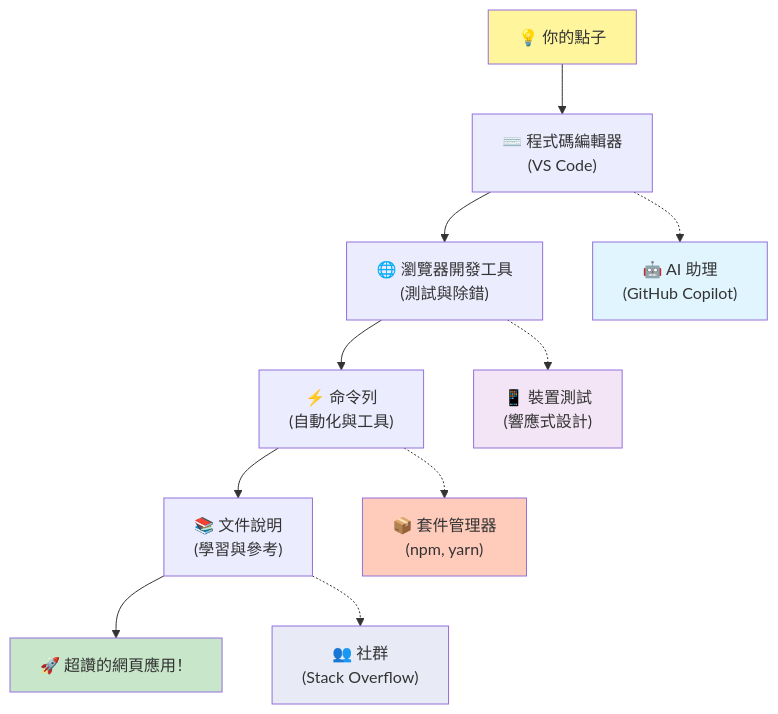
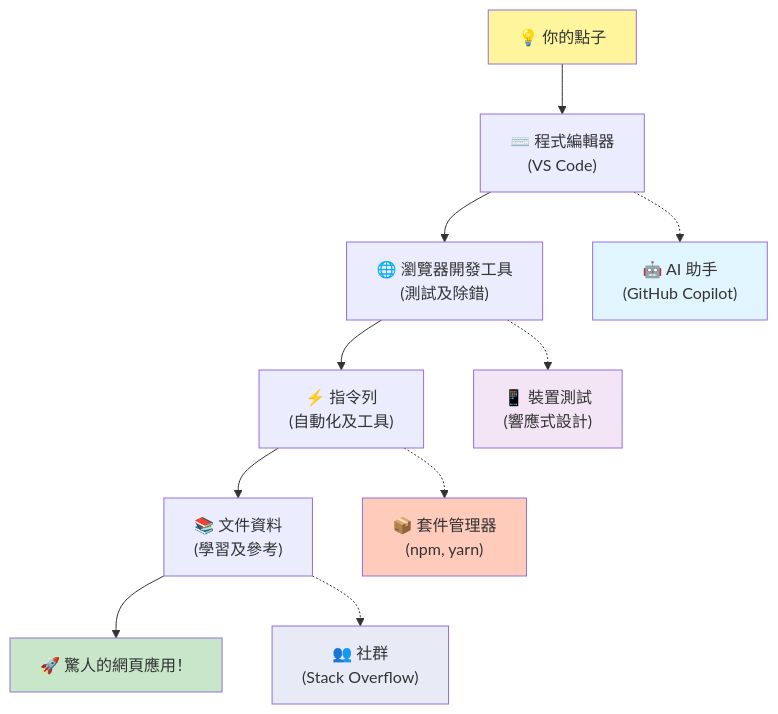
The fifth of 7 diagrams in translations/zh-HK/1-getting-started-lessons/1-intro-to-programming-languages/README.md (microsoft/Web-Dev-For-Beginners), drawn with Mermaid before and after one commit. The commit also changed other lines of this file and 11 other files, not shown here.

````diff
--- a/translations/zh-HK/1-getting-started-lessons/1-intro-to-programming-languages/README.md
+++ b/translations/zh-HK/1-getting-started-lessons/1-intro-to-programming-languages/README.md
@@ -488,20 +487,20 @@
 ```mermaid
 graph TD
-    A["💡 你的點子"] --> B["⌨️ 程式碼編輯器<br/>(VS Code)"] 
-    B --> C["🌐 瀏覽器開發工具<br/>(測試與除錯)"]
-    C --> D["⚡ 命令列<br/>(自動化與工具)"]
-    D --> E["📚 文件說明<br/>(學習與參考)"]
-    E --> F["🚀 超讚的網頁應用！"]
+    A["💡 你的點子"] --> B["⌨️ 程式編輯器<br/>(VS Code)"] 
+    B --> C["🌐 瀏覽器開發工具<br/>(測試及除錯)"]
+    C --> D["⚡ 指令列<br/>(自動化及工具)"]
+    D --> E["📚 文件資料<br/>(學習及參考)"]
+    E --> F["🚀 驚人的網頁應用！"]
     
-    B -.-> G["🤖 AI 助理<br/>(GitHub Copilot)"]
+    B -.-> G["🤖 AI 助手<br/>(GitHub Copilot)"]
     C -.-> H["📱 裝置測試<br/>(響應式設計)"]
     D -.-> I["📦 套件管理器<br/>(npm, yarn)"]
     E -.-> J["👥 社群<br/>(Stack Overflow)"]
     
     style A fill:#fff59d
     style F fill:#c8e6c9
     style G fill:#e1f5fe
     style H fill:#f3e5f5
     style I fill:#ffccbc
     style J fill:#e8eaf6
 ```
````
